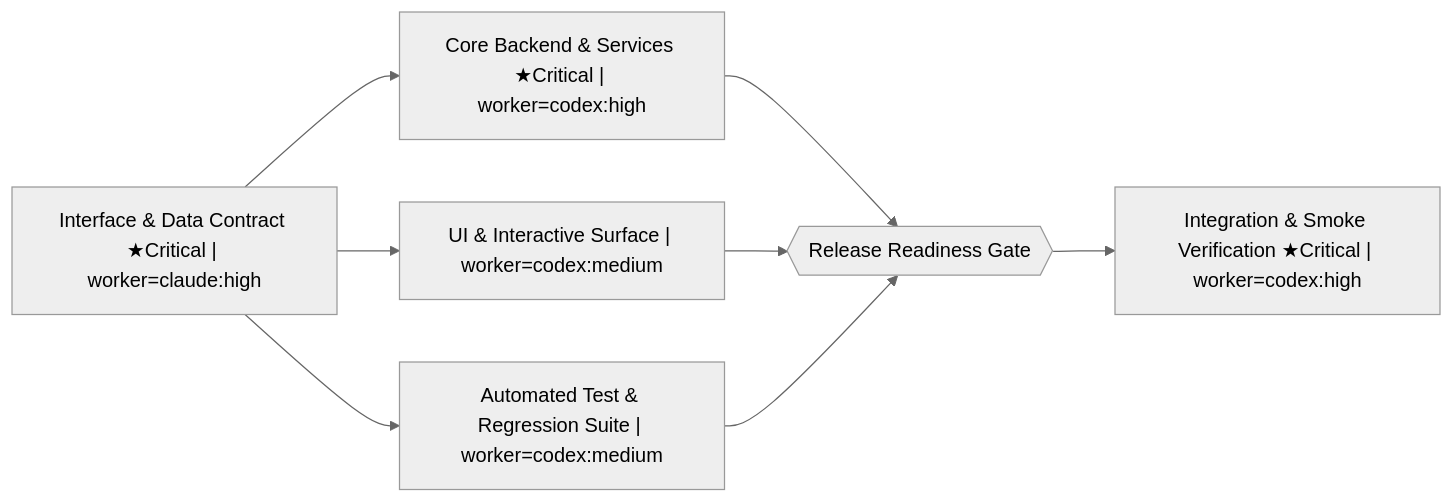
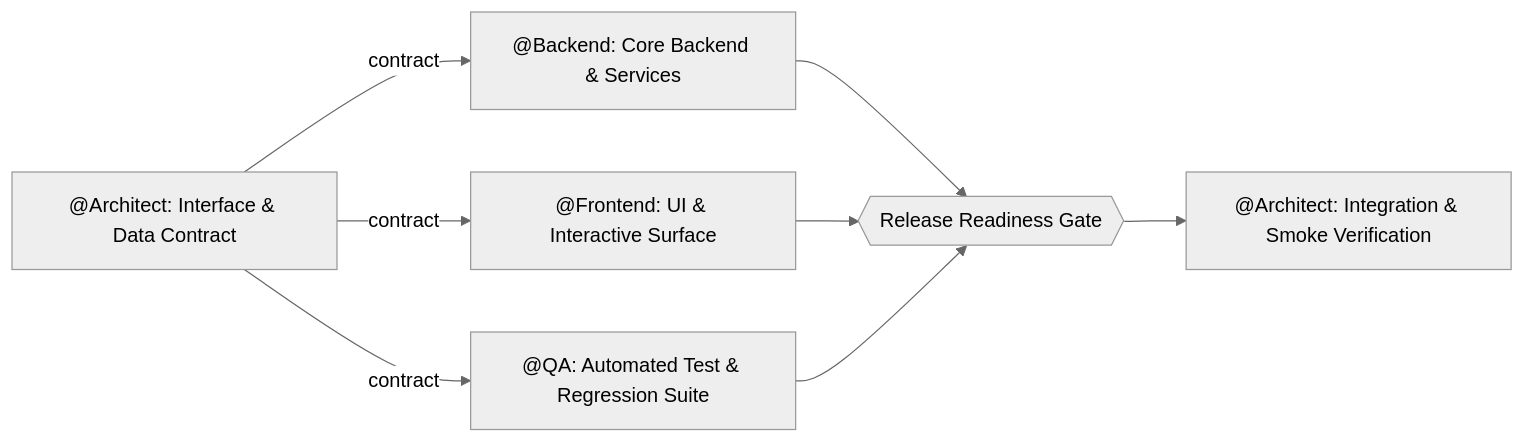
Before and after one commit to Daijunfan/Aexus-Code: the diagram in examples/blueprints/feature-ship.md, drawn with Mermaid (neutral theme). The commit also changed other lines of this file and 108 other files, not shown here.

````diff
--- a/examples/blueprints/feature-ship.md
+++ b/examples/blueprints/feature-ship.md
@@ -1,16 +5,10 @@
 ```mermaid
 flowchart LR
-  %% @pos N1 204,260
-  %% @pos N2 598,4
-  %% @pos N3 598,260
-  %% @pos N4 598,516
-  %% @pos U1 992,260
-  %% @pos N5 1386,260
-  N1["Interface & Data Contract ★Critical | worker=claude:high"] --> N2["Core Backend & Services ★Critical | worker=codex:high"]
-  N1 --> N3["UI & Interactive Surface | worker=codex:medium"]
-  N1 --> N4["Automated Test & Regression Suite | worker=codex:medium"]
+  N1["@Architect: Interface & Data Contract"] -->|contract| N2["@Backend: Core Backend & Services"]
+  N1 -->|contract| N3["@Frontend: UI & Interactive Surface"]
+  N1 -->|contract| N4["@QA: Automated Test & Regression Suite"]
   N2 --> U1{{"Release Readiness Gate"}}
   N3 --> U1
   N4 --> U1
-  U1 --> N5["Integration & Smoke Verification ★Critical | worker=codex:high"]
+  U1 --> N5["@Architect: Integration & Smoke Verification"]
 ```
````
